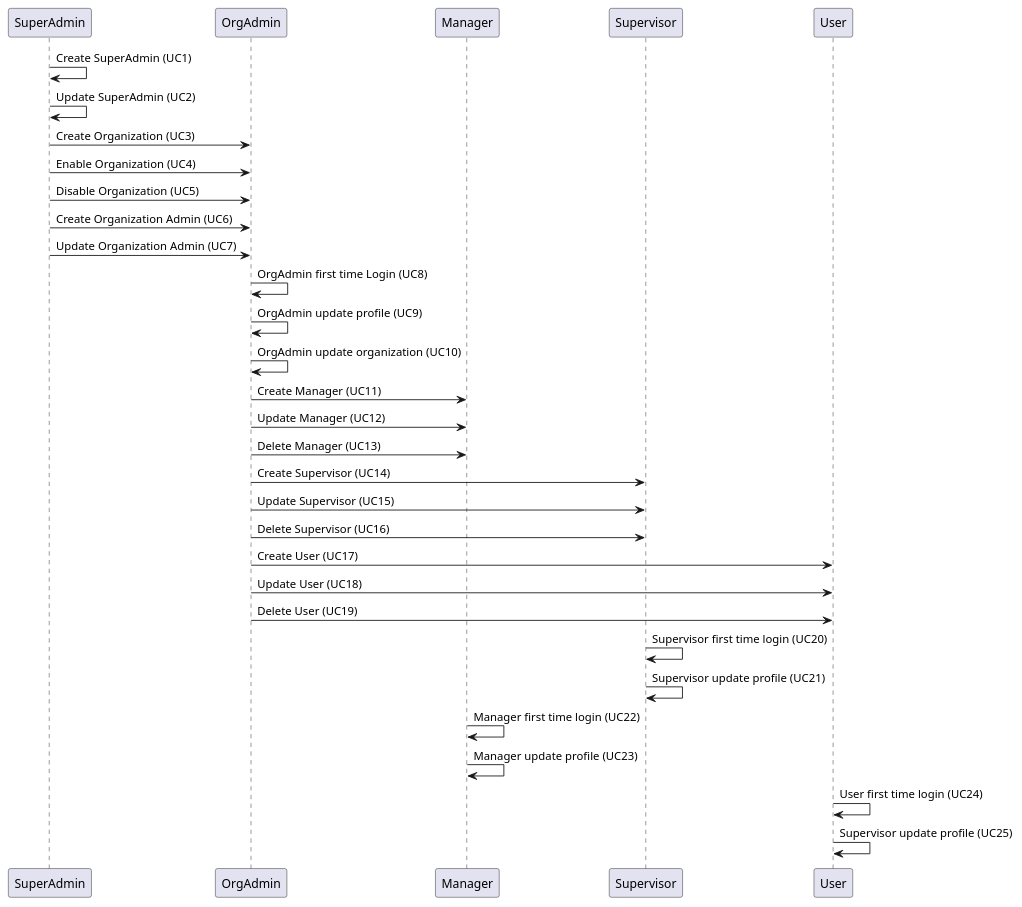
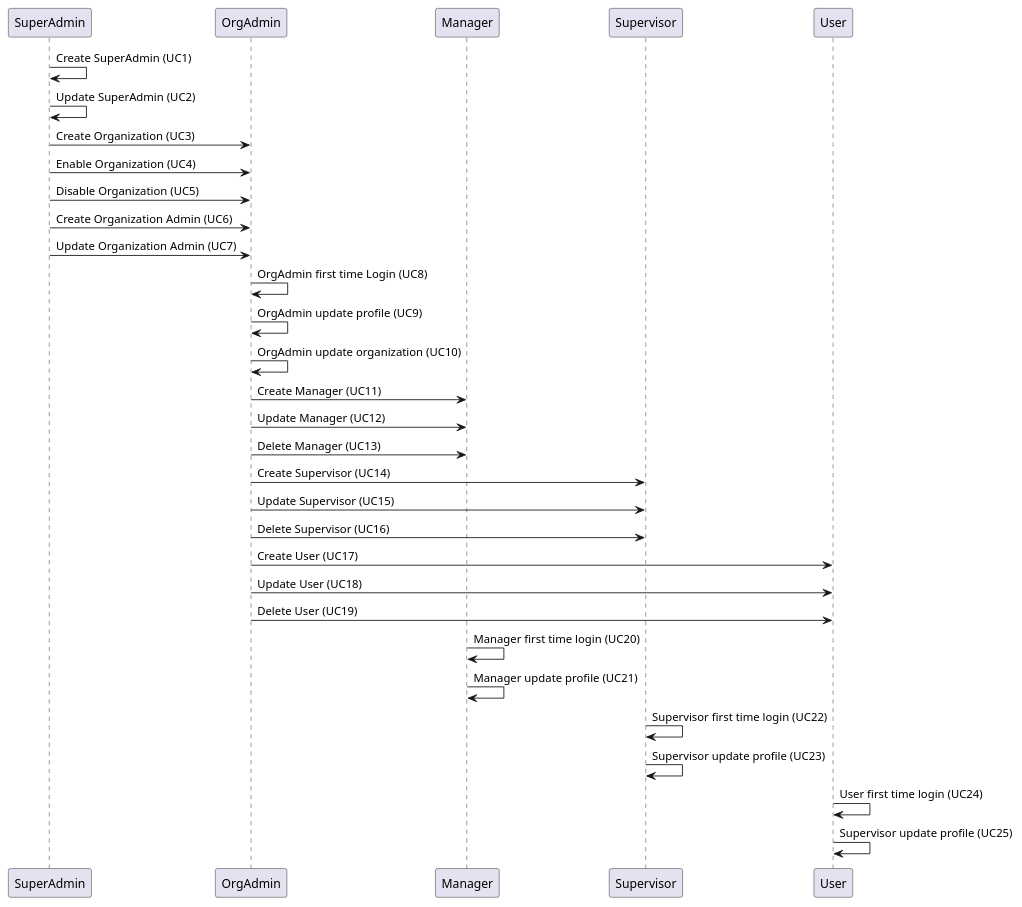
The diagram in documentation/all_usecases.wsd (wawerualbert/CodeHub), drawn with PlantUML before and after one commit. The commit also changed 1 other file, not shown here.

```diff
--- a/documentation/all_usecases.wsd
+++ b/documentation/all_usecases.wsd
@@ -1,39 +1,39 @@
 @startuml AllUseCases
 
 participant "SuperAdmin" as SuperAdmin
 SuperAdmin -> SuperAdmin:Create SuperAdmin (UC1)
 SuperAdmin -> SuperAdmin:Update SuperAdmin (UC2)
 
 SuperAdmin -> OrgAdmin:Create Organization (UC3)
 SuperAdmin -> OrgAdmin:Enable Organization (UC4)
 SuperAdmin -> OrgAdmin:Disable Organization (UC5)
 
 SuperAdmin -> OrgAdmin:Create Organization Admin (UC6)
 SuperAdmin -> OrgAdmin:Update Organization Admin (UC7)
 
 OrgAdmin -> OrgAdmin:OrgAdmin first time Login (UC8)
 OrgAdmin -> OrgAdmin:OrgAdmin update profile (UC9)
 OrgAdmin -> OrgAdmin:OrgAdmin update organization (UC10)
 
 OrgAdmin -> Manager:Create Manager (UC11)
 OrgAdmin -> Manager:Update Manager (UC12)
 OrgAdmin -> Manager:Delete Manager (UC13)
 
 OrgAdmin -> Supervisor:Create Supervisor (UC14)
 OrgAdmin -> Supervisor:Update Supervisor (UC15)
 OrgAdmin -> Supervisor:Delete Supervisor (UC16)
 
 OrgAdmin -> User:Create User (UC17)
 OrgAdmin -> User:Update User (UC18)
 OrgAdmin -> User:Delete User (UC19)
 
-Supervisor -> Supervisor:Supervisor first time login (UC20)
-Supervisor -> Supervisor:Supervisor update profile (UC21)
+Manager -> Manager:Manager first time login (UC20)
+Manager -> Manager:Manager update profile (UC21)
 
-Manager -> Manager:Manager first time login (UC22)
-Manager -> Manager:Manager update profile (UC23)
+Supervisor -> Supervisor:Supervisor first time login (UC22)
+Supervisor -> Supervisor:Supervisor update profile (UC23)
 
 User -> User:User first time login (UC24)
 User -> User:Supervisor update profile (UC25)
 
 @enduml
```
